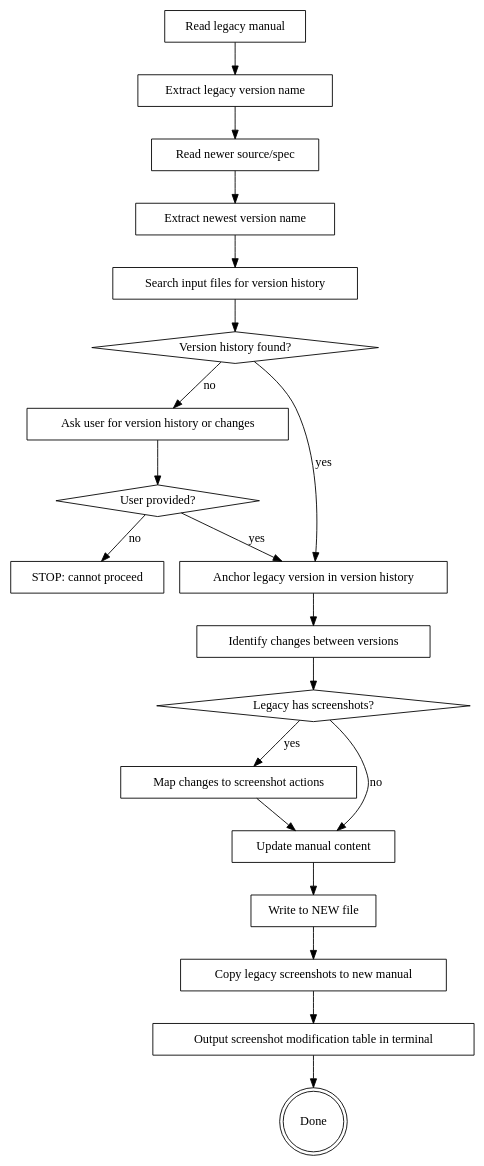
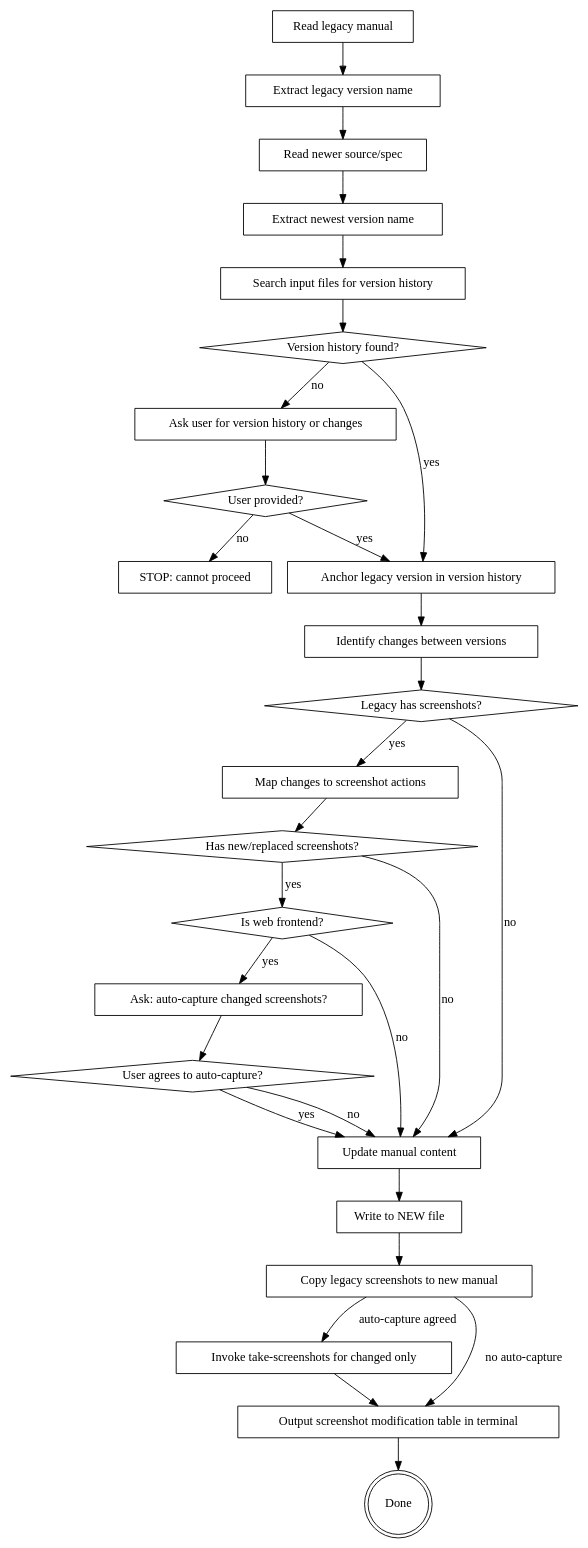
The third of 3 diagrams in skills/writing-user-manual/SKILL.md (wisquest/yanzhi-user-manual-generator), drawn with Graphviz before and after one commit. The commit also changed other lines of this file and 2 other files, not shown here.

First line of the commit message:
v260603-085200 docs. add auto-capture screenshot support for update mode in writing-user-manual

````diff
--- a/skills/writing-user-manual/SKILL.md
+++ b/skills/writing-user-manual/SKILL.md
@@ -218,42 +197,56 @@
 ```dot
 digraph update_flow {
   "Read legacy manual" [shape=box];
   "Extract legacy version name" [shape=box];
   "Read newer source/spec" [shape=box];
   "Extract newest version name" [shape=box];
   "Search input files for version history" [shape=box];
   "Version history found?" [shape=diamond];
   "Ask user for version history or changes" [shape=box];
   "User provided?" [shape=diamond];
   "STOP: cannot proceed" [shape=box];
   "Anchor legacy version in version history" [shape=box];
   "Identify changes between versions" [shape=box];
   "Legacy has screenshots?" [shape=diamond];
   "Map changes to screenshot actions" [shape=box];
+  "Has new/replaced screenshots?" [shape=diamond];
+  "Is web frontend?" [shape=diamond];
+  "Ask: auto-capture changed screenshots?" [shape=box];
+  "User agrees to auto-capture?" [shape=diamond];
   "Update manual content" [shape=box];
   "Write to NEW file" [shape=box];
   "Copy legacy screenshots to new manual" [shape=box];
+  "Invoke take-screenshots for changed only" [shape=box];
   "Output screenshot modification table in terminal" [shape=box];
   "Done" [shape=doublecircle];
 
   "Read legacy manual" -> "Extract legacy version name";
   "Extract legacy version name" -> "Read newer source/spec";
   "Read newer source/spec" -> "Extract newest version name";
   "Extract newest version name" -> "Search input files for version history";
   "Search input files for version history" -> "Version history found?";
   "Version history found?" -> "Anchor legacy version in version history" [label="yes"];
   "Version history found?" -> "Ask user for version history or changes" [label="no"];
   "Ask user for version history or changes" -> "User provided?";
   "User provided?" -> "Anchor legacy version in version history" [label="yes"];
   "User provided?" -> "STOP: cannot proceed" [label="no"];
   "Anchor legacy version in version history" -> "Identify changes between versions";
   "Identify changes between versions" -> "Legacy has screenshots?";
   "Legacy has screenshots?" -> "Map changes to screenshot actions" [label="yes"];
   "Legacy has screenshots?" -> "Update manual content" [label="no"];
-  "Map changes to screenshot actions" -> "Update manual content";
+  "Map changes to screenshot actions" -> "Has new/replaced screenshots?";
+  "Has new/replaced screenshots?" -> "Is web frontend?" [label="yes"];
+  "Has new/replaced screenshots?" -> "Update manual content" [label="no"];
+  "Is web frontend?" -> "Ask: auto-capture changed screenshots?" [label="yes"];
+  "Is web frontend?" -> "Update manual content" [label="no"];
+  "Ask: auto-capture changed screenshots?" -> "User agrees to auto-capture?";
+  "User agrees to auto-capture?" -> "Update manual content" [label="yes"];
+  "User agrees to auto-capture?" -> "Update manual content" [label="no"];
   "Update manual content" -> "Write to NEW file";
   "Write to NEW file" -> "Copy legacy screenshots to new manual";
-  "Copy legacy screenshots to new manual" -> "Output screenshot modification table in terminal";
+  "Copy legacy screenshots to new manual" -> "Invoke take-screenshots for changed only" [label="auto-capture agreed"];
+  "Copy legacy screenshots to new manual" -> "Output screenshot modification table in terminal" [label="no auto-capture"];
+  "Invoke take-screenshots for changed only" -> "Output screenshot modification table in terminal";
   "Output screenshot modification table in terminal" -> "Done";
 }
 ```
````
